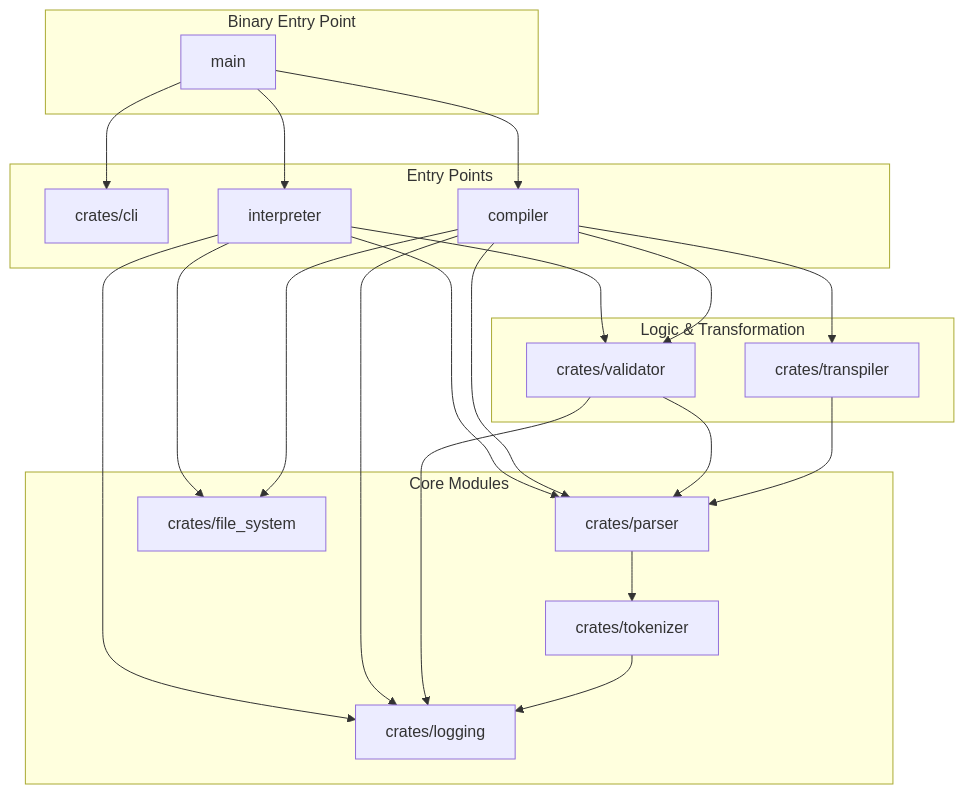
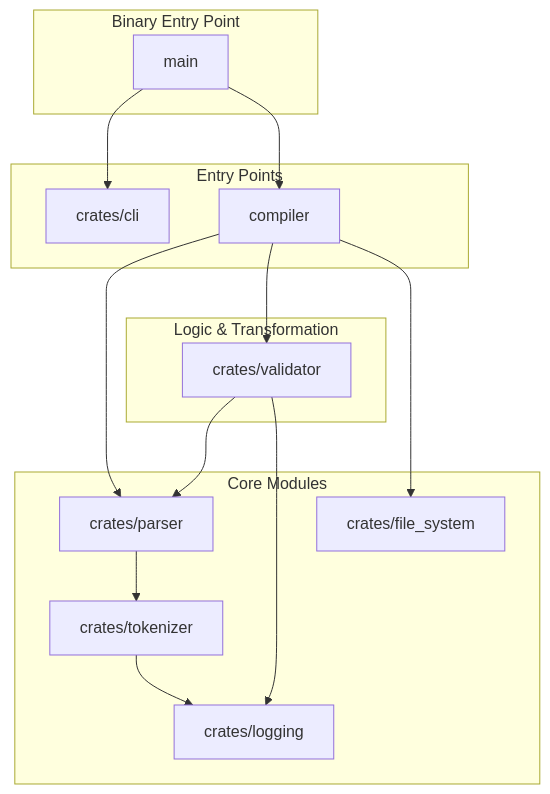
Before and after one commit to AzLangProgramingLanguage/AzLang: the diagram in CONTRIBUTING.md, drawn with Mermaid. The commit also changed other lines of this file and 72 other files, not shown here.

````diff
--- a/CONTRIBUTING.md
+++ b/CONTRIBUTING.md
@@ -23,46 +33,34 @@
 ```mermaid
 graph TD
     subgraph "Binary Entry Point"
         MAIN[main]
     end
     subgraph "Entry Points"
         CLI[crates/cli]
-        INT[interpreter]
         COMP[compiler]
     end
     subgraph "Logic & Transformation"
         VAL[crates/validator]
-        TRANS[crates/transpiler]
     end
     subgraph "Core Modules"
         PRS[crates/parser]
         TOK[crates/tokenizer]
         FS[crates/file_system]
         LOG[crates/logging]
     end
 
     %% Main wires everything together
     MAIN --> CLI
-    MAIN --> INT
     MAIN --> COMP
-
-    %% Interpreter Flow
-    INT --> PRS
-    INT --> VAL
-    INT --> FS
-    INT --> LOG
 
     %% Compiler Flow
     COMP --> PRS
     COMP --> VAL
-    COMP --> TRANS
     COMP --> FS
-    COMP --> LOG
 
     %% Internal Dependencies
     VAL --> PRS
     VAL --> LOG
-    TRANS --> PRS
     PRS --> TOK
     TOK --> LOG
 ```
````
